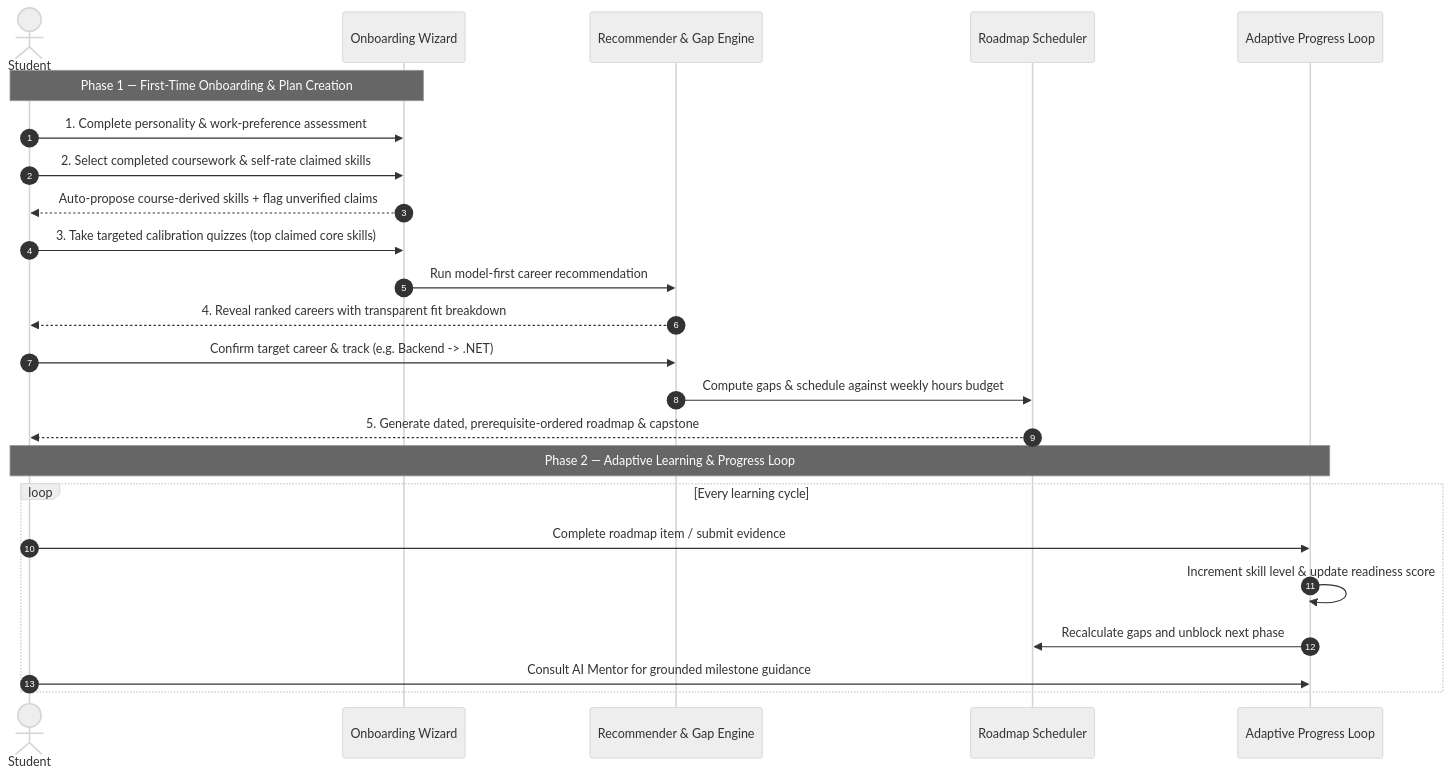
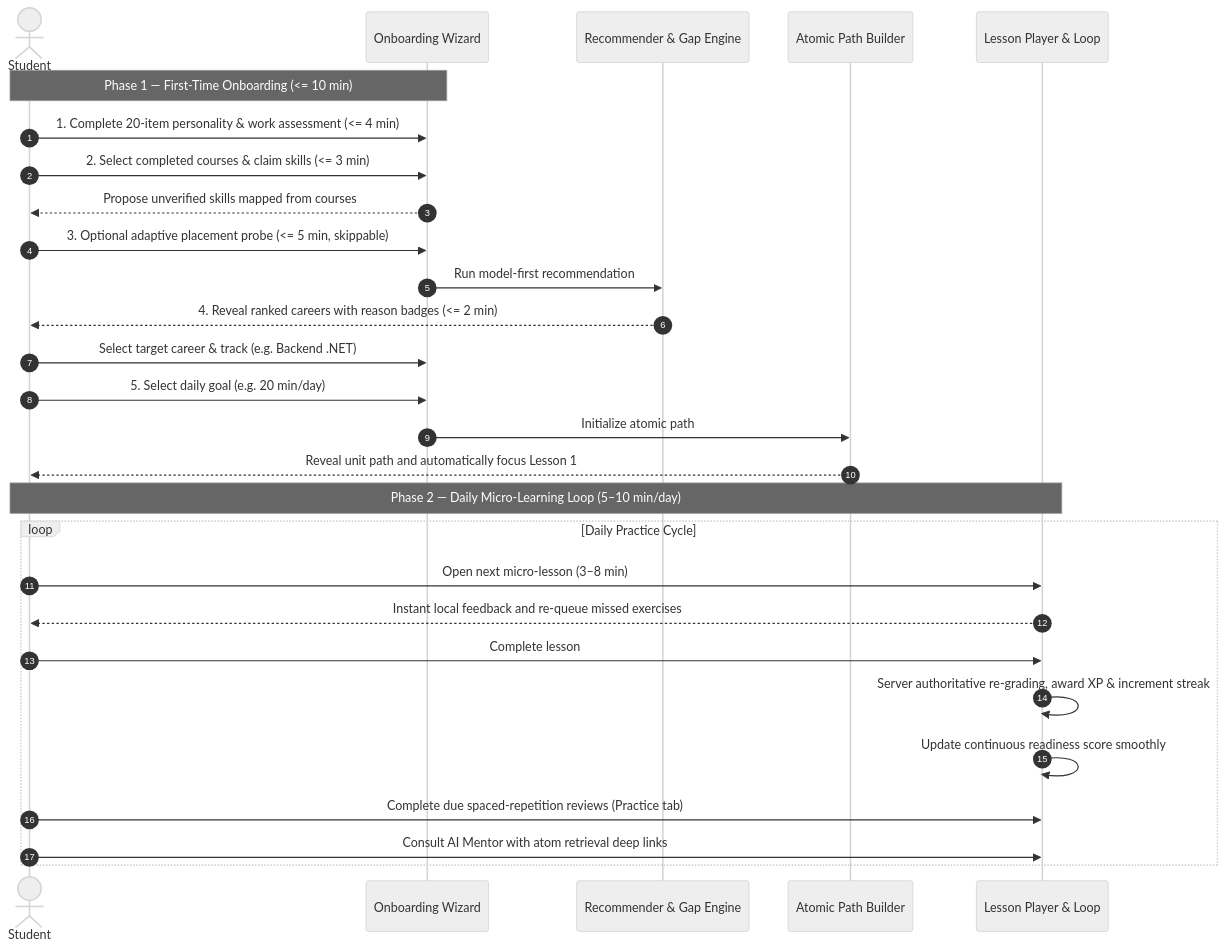
The diagram in docs/01-project-overview.md (Masar-SCU/Masar), drawn with Mermaid (neutral theme) before and after one commit. The commit also changed other lines of this file and 26 other files, not shown here.

First line of the commit message:
docs: master specification revision for atomic roadmap and defect fixes

````diff
--- a/docs/01-project-overview.md
+++ b/docs/01-project-overview.md
@@ -222,28 +155,32 @@
 ```mermaid
 sequenceDiagram
     autonumber
     actor Student
     participant Wizard as Onboarding Wizard
     participant Engine as Recommender & Gap Engine
-    participant Scheduler as Roadmap Scheduler
-    participant Prog as Adaptive Progress Loop
+    participant Path as Atomic Path Builder
+    participant Player as Lesson Player & Loop
 
-    Note over Student,Wizard: Phase 1 — First-Time Onboarding & Plan Creation
-    Student->>Wizard: 1. Complete personality & work-preference assessment
-    Student->>Wizard: 2. Select completed coursework & self-rate claimed skills
-    Wizard-->>Student: Auto-propose course-derived skills + flag unverified claims
-    Student->>Wizard: 3. Take targeted calibration quizzes (top claimed core skills)
-    Wizard->>Engine: Run model-first career recommendation
-    Engine-->>Student: 4. Reveal ranked careers with transparent fit breakdown
-    Student->>Engine: Confirm target career & track (e.g. Backend -> .NET)
-    Engine->>Scheduler: Compute gaps & schedule against weekly hours budget
-    Scheduler-->>Student: 5. Generate dated, prerequisite-ordered roadmap & capstone
+    Note over Student,Wizard: Phase 1 — First-Time Onboarding (<= 10 min)
+    Student->>Wizard: 1. Complete 20-item personality & work assessment (<= 4 min)
+    Student->>Wizard: 2. Select completed courses & claim skills (<= 3 min)
+    Wizard-->>Student: Propose unverified skills mapped from courses
+    Student->>Wizard: 3. Optional adaptive placement probe (<= 5 min, skippable)
+    Wizard->>Engine: Run model-first recommendation
+    Engine-->>Student: 4. Reveal ranked careers with reason badges (<= 2 min)
+    Student->>Wizard: Select target career & track (e.g. Backend .NET)
+    Student->>Wizard: 5. Select daily goal (e.g. 20 min/day)
+    Wizard->>Path: Initialize atomic path
+    Path-->>Student: Reveal unit path and automatically focus Lesson 1
 
-    Note over Student,Prog: Phase 2 — Adaptive Learning & Progress Loop
-    loop Every learning cycle
-        Student->>Prog: Complete roadmap item / submit evidence
-        Prog->>Prog: Increment skill level & update readiness score
-        Prog->>Scheduler: Recalculate gaps and unblock next phase
-        Student->>Prog: Consult AI Mentor for grounded milestone guidance
+    Note over Student,Player: Phase 2 — Daily Micro-Learning Loop (5–10 min/day)
+    loop Daily Practice Cycle
+        Student->>Player: Open next micro-lesson (3–8 min)
+        Player-->>Student: Instant local feedback and re-queue missed exercises
+        Student->>Player: Complete lesson
+        Player->>Player: Server authoritative re-grading, award XP & increment streak
+        Player->>Player: Update continuous readiness score smoothly
+        Student->>Player: Complete due spaced-repetition reviews (Practice tab)
+        Student->>Player: Consult AI Mentor with atom retrieval deep links
     end
 ```
````
